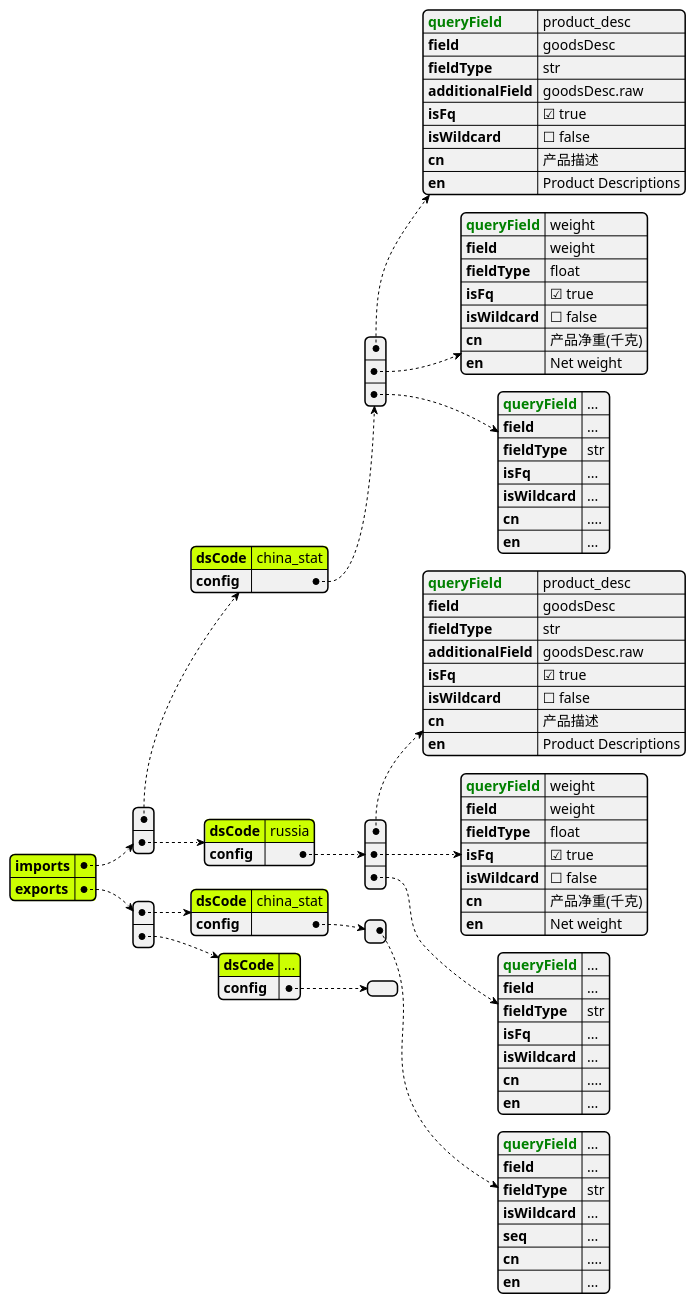
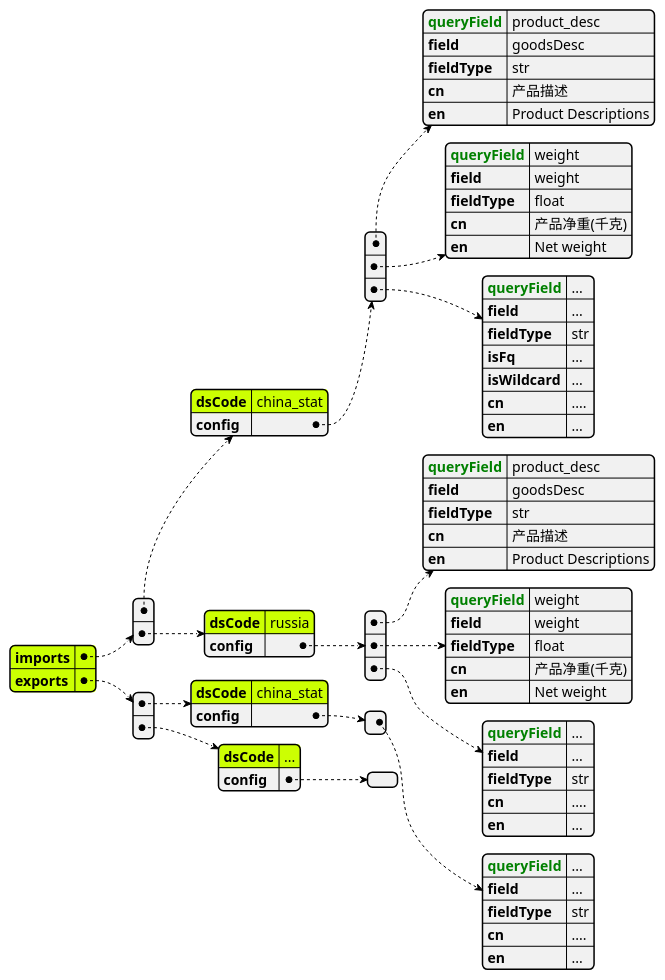
Before and after one commit to lwpk110/tendata-assets: the diagram in plantuml/tradec/query_field.puml, drawn with PlantUML. The commit also changed 3 other files, not shown here.

```diff
--- a/plantuml/tradec/query_field.puml
+++ b/plantuml/tradec/query_field.puml
@@ -1,100 +1,86 @@
 @startjson
 #highlight "imports"
 #highlight "imports" / "0" / "dsCode"
 #highlight "imports" / "1" / "dsCode"
 #highlight "imports" / "2" / "dsCode"
 #highlight "exports"
 #highlight "exports" / "0" / "dsCode" 
 #highlight "exports" / "1" / "dsCode" 
 ' #highlight "address" / "city"
 ' #highlight "phoneNumbers" / "0" / "number"
 {
     "imports": [
         {
             "dsCode": "china_stat",
             "config": [
                 {
                     "<color:green><b>queryField": "product_desc",
                     "field": "goodsDesc",
                     "fieldType": "str",
-                    "additionalField": "goodsDesc.raw",
-                    "isFq": true,
-                    "isWildcard": false,
                     "cn": "产品描述",
                     "en": "Product Descriptions"
                 },
                 {
                     "<color:green><b>queryField": "weight",
                     "field": "weight",
                     "fieldType": "float",
-                    "isFq": true,
-                    "isWildcard": false,
                     "cn": "产品净重(千克)",
                     "en": "Net weight"
                 },
                 {
                     "<color:green><b>queryField": "...",
                     "field": "...",
                     "fieldType": "str",
                     "isFq": "...",
                     "isWildcard": "...",
                     "cn": "....",
                     "en": "..."
                 }
             ]
         },
         {
             "dsCode": "russia",
             "config": [
                 {
                     "<color:green><b>queryField": "product_desc",
                     "field": "goodsDesc",
                     "fieldType": "str",
-                    "additionalField": "goodsDesc.raw",
-                    "isFq": true,
-                    "isWildcard": false,
                     "cn": "产品描述",
                     "en": "Product Descriptions"
                 },
                 {
                     "<color:green><b>queryField": "weight",
                     "field": "weight",
                     "fieldType": "float",
-                    "isFq": true,
-                    "isWildcard": false,
                     "cn": "产品净重(千克)",
                     "en": "Net weight"
                 },
                 {
                     "<color:green><b>queryField": "...",
                     "field": "...",
                     "fieldType": "str",
-                    "isFq": "...",
-                    "isWildcard": "...",
                     "cn": "....",
                     "en": "..."
                 }
             ]
         }
     ],
     "exports": [
         {
             "dsCode": "china_stat",
             "config": [
                 {
                     "<color:green><b>queryField": "...",
                     "field": "...",
                     "fieldType": "str",
-                    "isWildcard": "...",
-                    "seq": "...",
                     "cn": "....",
                     "en": "..."
                 }
             ]
         },
         {
             "dsCode": "...",
             "config":[] }
     ]
 }
 @endjson
```
